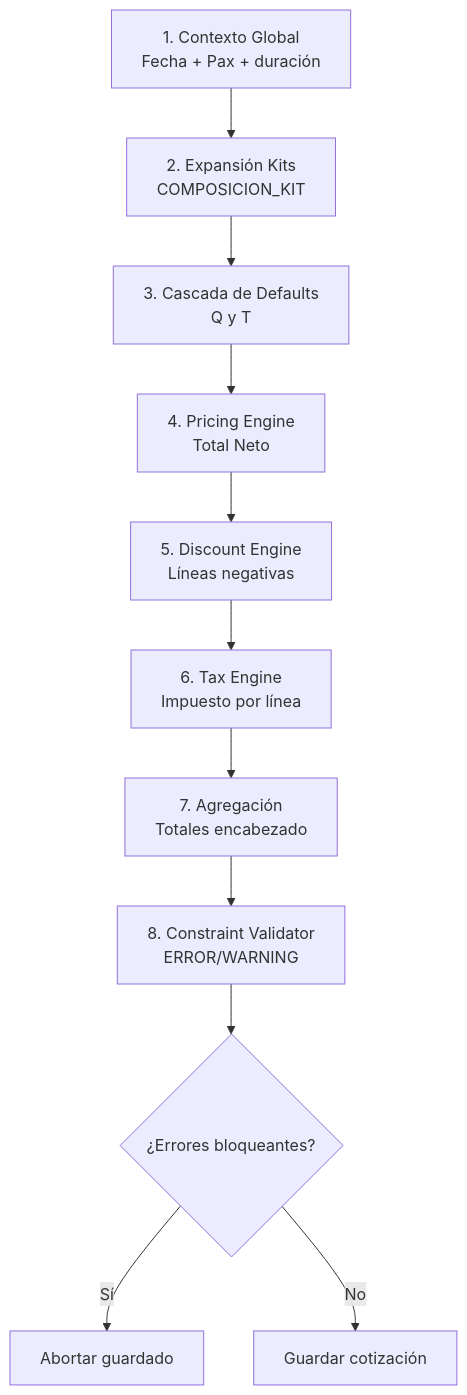
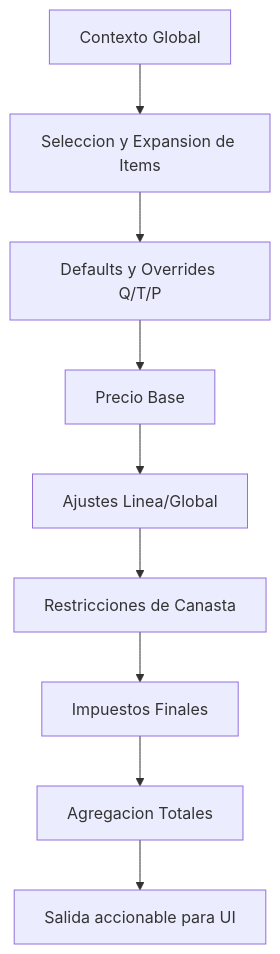
The diagram in docs/quotation-pipeline-flow-v3.md (jpcosec/Cotizador), drawn with Mermaid before and after one commit. The commit also changed other lines of this file and 5 other files, not shown here.

````diff
--- a/docs/quotation-pipeline-flow-v3.md
+++ b/docs/quotation-pipeline-flow-v3.md
@@ -166,13 +126,11 @@
 ```mermaid
 graph TD
-    A[1. Contexto Global\nFecha + Pax + duración] --> B[2. Expansión Kits\nCOMPOSICION_KIT]
-    B --> C[3. Cascada de Defaults\nQ y T]
-    C --> D[4. Pricing Engine\nTotal Neto]
-    D --> E[5. Discount Engine\nLíneas negativas]
-    E --> F[6. Tax Engine\nImpuesto por línea]
-    F --> G[7. Agregación\nTotales encabezado]
-    G --> H[8. Constraint Validator\nERROR/WARNING]
-    H --> I{¿Errores bloqueantes?}
-    I -->|Sí| J[Abortar guardado]
-    I -->|No| K[Guardar cotización]
+    A[Contexto Global] --> B[Seleccion y Expansion de Items]
+    B --> C[Defaults y Overrides Q/T/P]
+    C --> D[Precio Base]
+    D --> E[Ajustes Linea/Global]
+    E --> F[Restricciones de Canasta]
+    F --> G[Impuestos Finales]
+    G --> H[Agregacion Totales]
+    H --> I[Salida accionable para UI]
 ```
````
